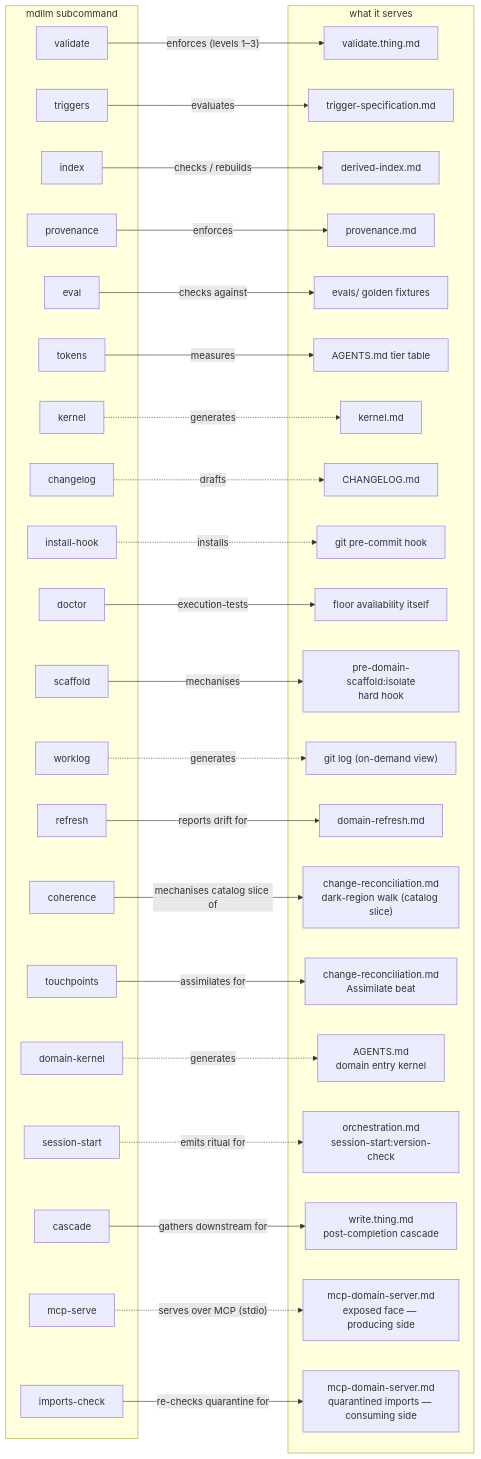
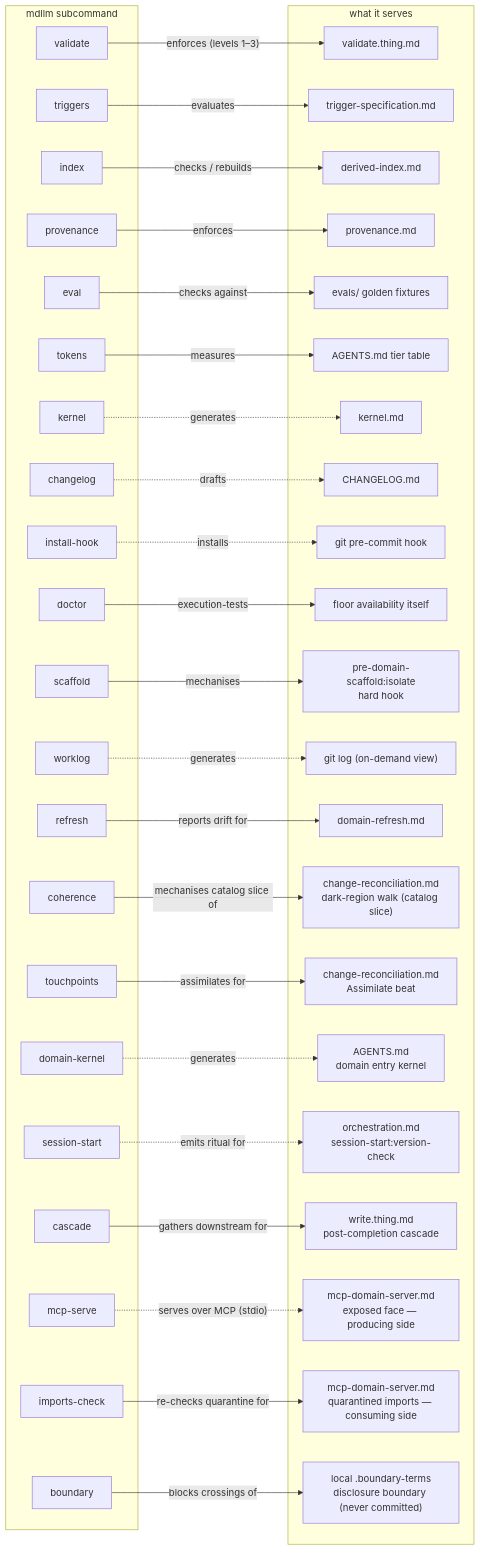
One commit to JanoshMoshiri/MarkdownLLM changed the third of 3 diagrams in docs/framework-map.md. Above: the diagram before and after it, drawn with Mermaid. The commit also changed other lines of this file and 2 other files, not shown here.

Commit message:
floor: mdllm boundary — disclosure-boundary check over staged additions, staged filenames, commit messages (--message) and full history (--history); local gitignored .boundary-terms, absent => silent no-op so CI can never see the vocabulary; self-guard errors if the terms file is itself tracked; framework-map 20->21

````diff
--- a/docs/framework-map.md
+++ b/docs/framework-map.md
@@ -174,68 +174,71 @@
 ```mermaid
 flowchart LR
     subgraph cli ["mdllm subcommand"]
         C1["validate"]
         C2["triggers"]
         C3["index"]
         C4["provenance"]
         C5["eval"]
         C6["tokens"]
         C7["kernel"]
         C8["changelog"]
         C9["install-hook"]
         C10["doctor"]
         C11["scaffold"]
         C12["worklog"]
         C13["refresh"]
         C14["coherence"]
         C15["touchpoints"]
         C16["domain-kernel"]
         C17["session-start"]
         C18["cascade"]
         C19["mcp-serve"]
         C20["imports-check"]
+        C21["boundary"]
     end
     subgraph target ["what it serves"]
         T1["validate.thing.md"]
         T2["trigger-specification.md"]
         T3["derived-index.md"]
         T4["provenance.md"]
         T5["evals/ golden fixtures"]
         T6["AGENTS.md tier table"]
         T7["kernel.md"]
         T8["CHANGELOG.md"]
         T9["git pre-commit hook"]
         T10["floor availability itself"]
         T11["pre-domain-scaffold:isolate<br/>hard hook"]
         T12["git log (on-demand view)"]
         T13["domain-refresh.md"]
         T14["change-reconciliation.md<br/>dark-region walk (catalog slice)"]
         T15["change-reconciliation.md<br/>Assimilate beat"]
         T16["AGENTS.md<br/>domain entry kernel"]
         T17["orchestration.md<br/>session-start:version-check"]
         T18["write.thing.md<br/>post-completion cascade"]
         T19["mcp-domain-server.md<br/>exposed face — producing side"]
         T20["mcp-domain-server.md<br/>quarantined imports — consuming side"]
+        T21["local .boundary-terms<br/>disclosure boundary (never committed)"]
     end
 
     C1 -->|"enforces (levels 1–3)"| T1
     C2 -->|evaluates| T2
     C3 -->|"checks / rebuilds"| T3
     C4 -->|enforces| T4
     C5 -->|checks against| T5
     C6 -->|measures| T6
     C7 -.->|generates| T7
     C8 -.->|drafts| T8
     C9 -.->|installs| T9
     C10 -->|"execution-tests"| T10
     C11 -->|mechanises| T11
     C12 -.->|generates| T12
     C13 -->|"reports drift for"| T13
     C14 -->|"mechanises catalog slice of"| T14
     C15 -->|"assimilates for"| T15
     C16 -.->|"generates"| T16
     C17 -.->|"emits ritual for"| T17
     C18 -->|"gathers downstream for"| T18
     C19 -.->|"serves over MCP (stdio)"| T19
     C20 -->|"re-checks quarantine for"| T20
+    C21 -->|"blocks crossings of"| T21
 ```
````
